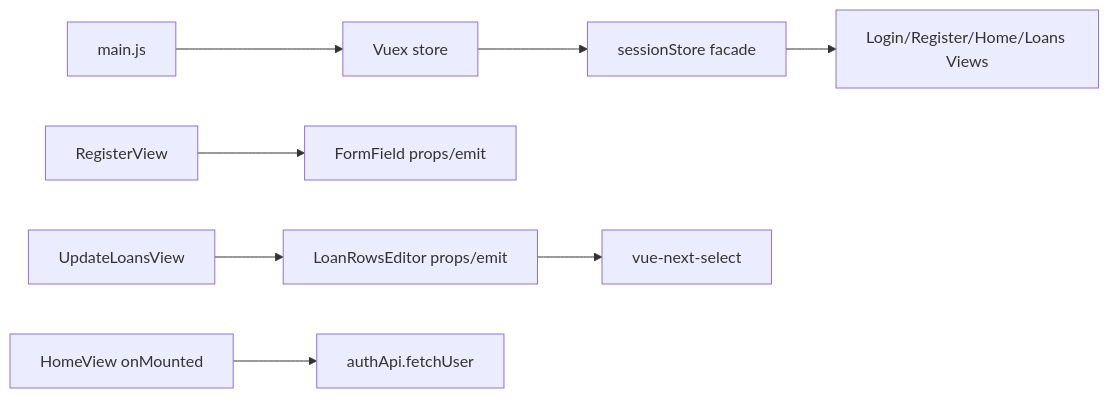
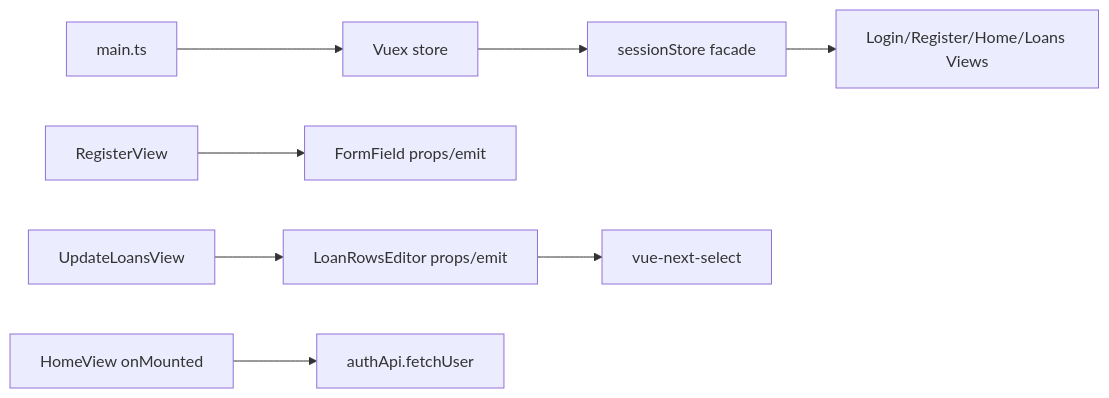
The fourth of 4 diagrams in 前端系統分析設計規格書.md (yehtommy1GitHub/vue3-loan-project), drawn with Mermaid before and after one commit. The commit also changed other lines of this file and 49 other files, not shown here.

````diff
--- a/前端系統分析設計規格書.md
+++ b/前端系統分析設計規格書.md
@@ -295,10 +355,10 @@
 ```mermaid
 flowchart LR
-  main["main.js"] --> vuex["Vuex store"]
+  main["main.ts"] --> vuex["Vuex store"]
   vuex --> session["sessionStore facade"]
   session --> pages["Login/Register/Home/Loans Views"]
   register["RegisterView"] --> field["FormField props/emit"]
   loans["UpdateLoansView"] --> rows["LoanRowsEditor props/emit"]
   rows --> select["vue-next-select"]
   home["HomeView onMounted"] --> api["authApi.fetchUser"]
 ```
````
